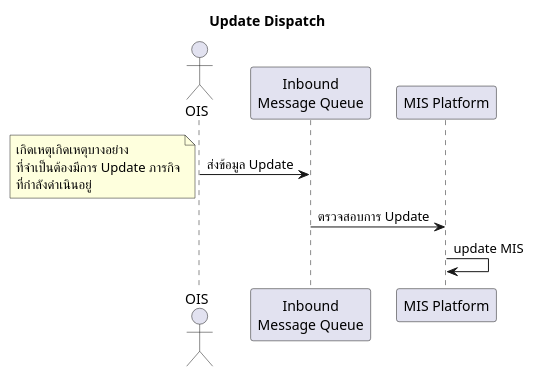
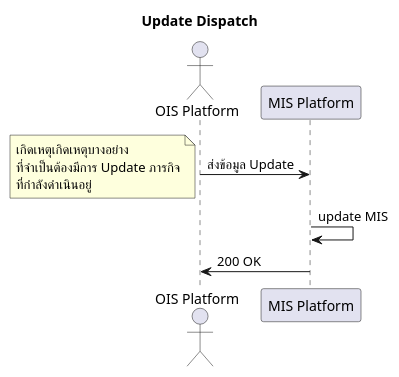
The diagram in uml/update_dispatch.plantuml (lionants02/mis-api-doc), drawn with PlantUML before and after one commit. The commit also changed 1 other file, not shown here.

Commit message:
update dispatch diagram

```diff
--- a/uml/update_dispatch.plantuml
+++ b/uml/update_dispatch.plantuml
@@ -1,8 +1,8 @@
 @startuml
 Title Update Dispatch
-actor OIS
-  OIS -> "Inbound\nMessage Queue": ส่งข้อมูล Update
+actor "OIS Platform" as OIS
+  OIS -> "MIS Platform": ส่งข้อมูล Update
   note left: เกิดเหตุเกิดเหตุบางอย่าง\nที่จำเป็นต้องมีการ Update ภารกิจ\nที่กำลังดำเนินอยู่
-  "Inbound\nMessage Queue" -> "MIS Platform": ตรวจสอบการ Update
   "MIS Platform" -> "MIS Platform": update MIS
+  "MIS Platform" -> OIS: 200 OK
 @enduml
```
